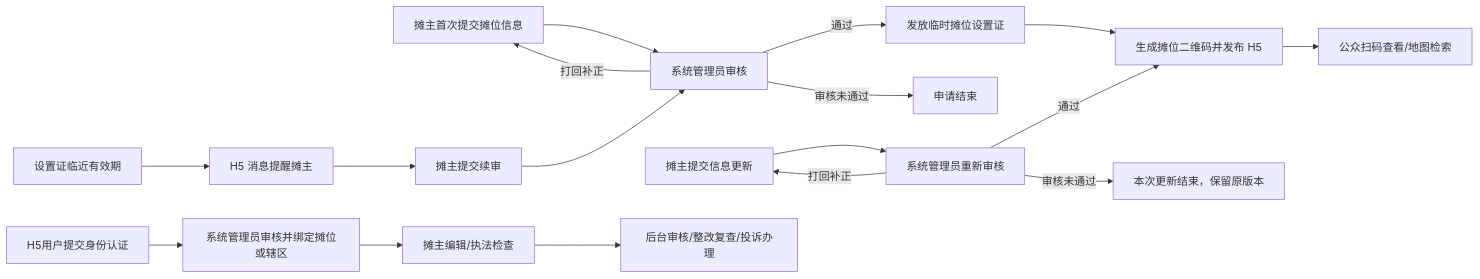
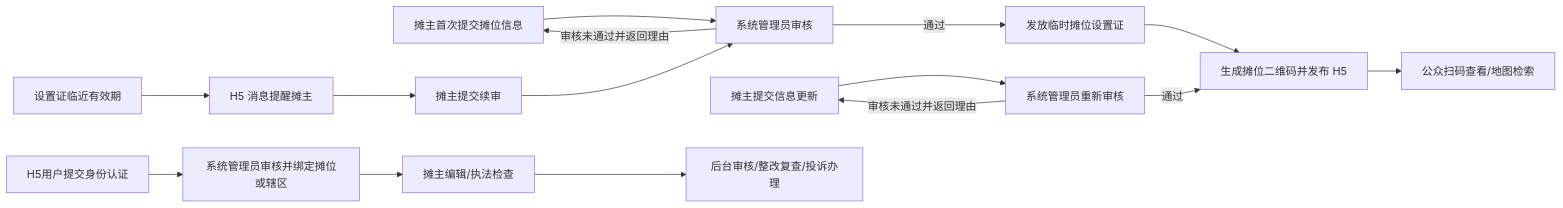
Before and after one commit to tangxiaochen755-droid/emattong-prototype: the diagram in pc-admin-requirements-v2.md, drawn with Mermaid. The commit also changed other lines of this file and 3 other files, not shown here.

````diff
--- a/pc-admin-requirements-v2.md
+++ b/pc-admin-requirements-v2.md
@@ -43,19 +43,17 @@
 ```mermaid
 flowchart LR
     A[摊主首次提交摊位信息] --> B[系统管理员审核]
     B -->|通过| C[发放临时摊位设置证]
     C --> D[生成摊位二维码并发布 H5]
     D --> E1[公众扫码查看/地图检索]
-    B -->|审核未通过| O[申请结束]
-    B -->|打回补正| A
+    B -->|审核未通过并返回理由| A
     J[摊主提交信息更新] --> K[系统管理员重新审核]
     K -->|通过| D
-    K -->|审核未通过| P[本次更新结束，保留原版本]
-    K -->|打回补正| J
+    K -->|审核未通过并返回理由| J
     L[设置证临近有效期] --> M[H5 消息提醒摊主]
     M --> N[摊主提交续审]
     N --> B
     E[H5用户提交身份认证] --> F[系统管理员审核并绑定摊位或辖区]
     F --> G[摊主编辑/执法检查]
     G --> H[后台审核/整改复查/投诉办理]
 ```
````
